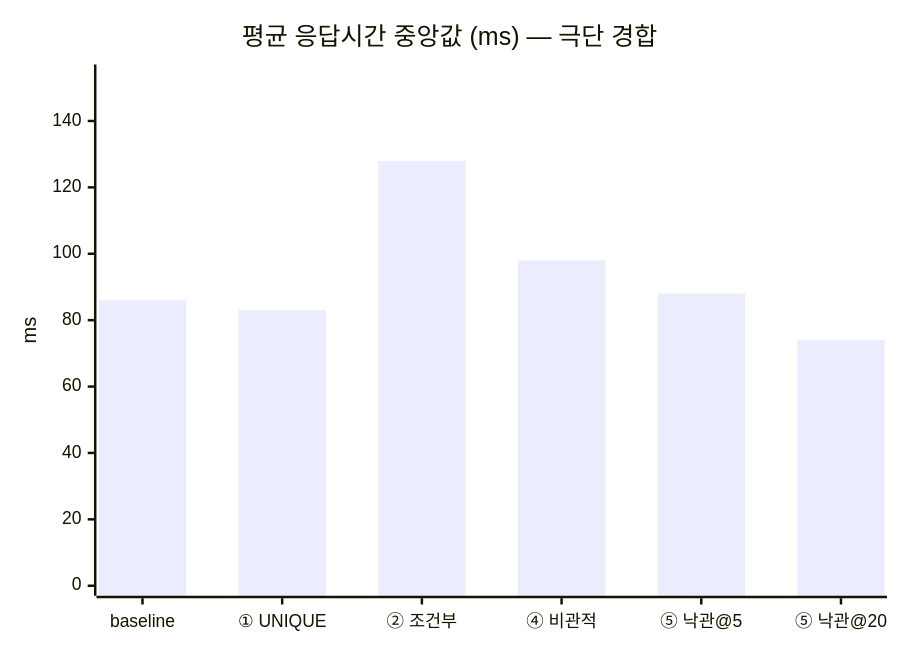
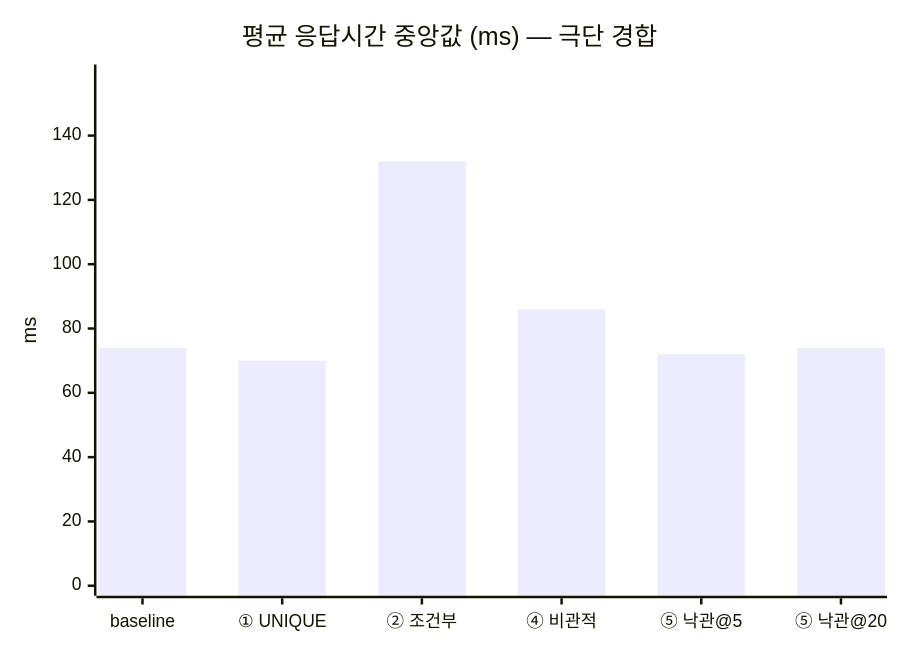
Before and after one commit to SangHyeok0908/Concurrency-Control: the second of 2 diagrams in docs/STEP2-DEFENSE-BENCHMARK.md, drawn with Mermaid. The commit also changed other lines of this file and 14 other files, not shown here.

````diff
--- a/docs/STEP2-DEFENSE-BENCHMARK.md
+++ b/docs/STEP2-DEFENSE-BENCHMARK.md
@@ -151,7 +155,7 @@
 ```mermaid
 xychart-beta
     title "평균 응답시간 중앙값 (ms) — 극단 경합"
     x-axis ["baseline", "① UNIQUE", "② 조건부", "④ 비관적", "⑤ 낙관@5", "⑤ 낙관@20"]
-    y-axis "ms" 0 --> 154
-    bar [86, 83, 128, 98, 88, 74]
+    y-axis "ms" 0 --> 159
+    bar [74, 70, 132, 86, 72, 74]
 ```
````
